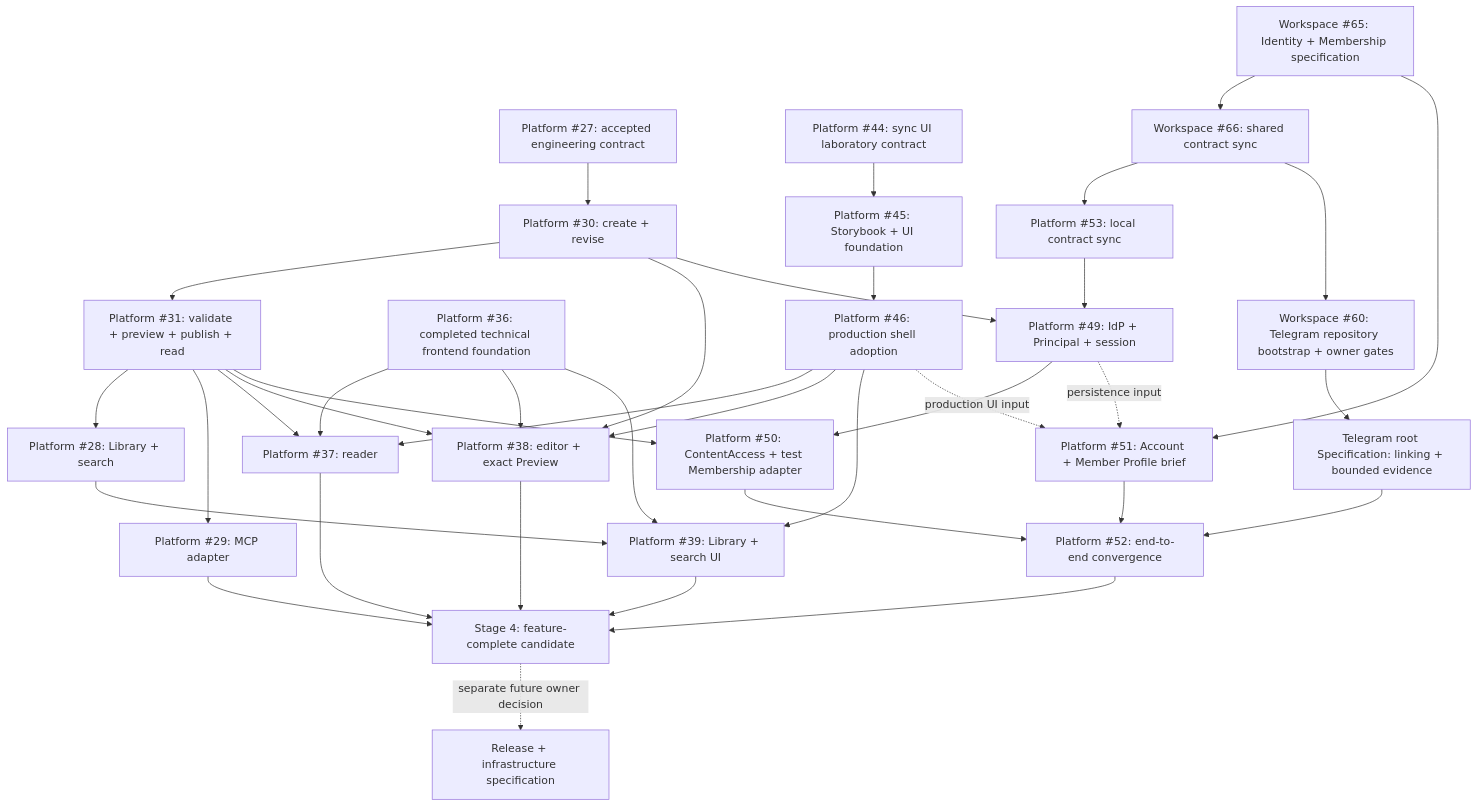
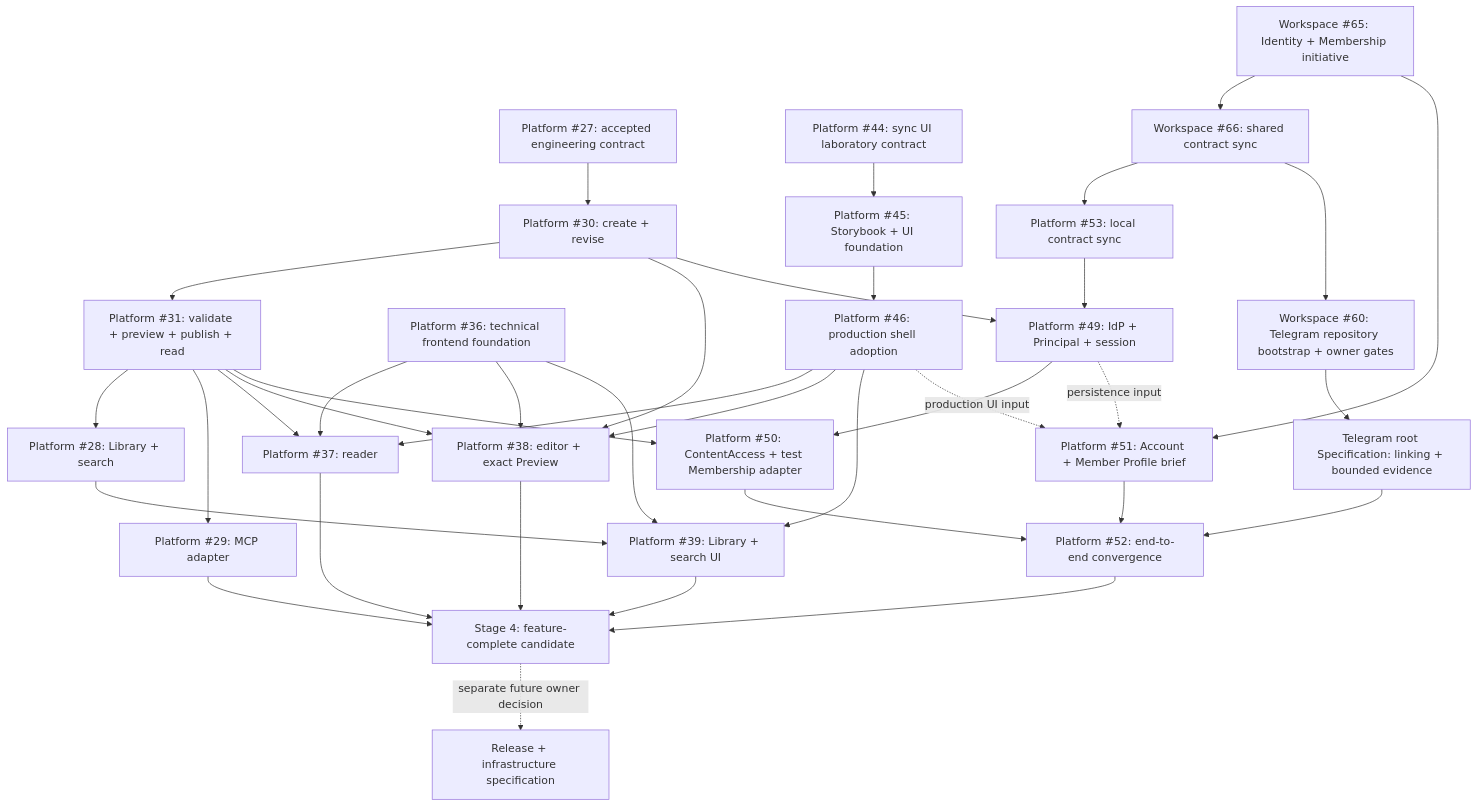
One commit to sachkov-inside/workspace changed the second of 2 diagrams in docs/specifications/platform-v1.md. Above: the diagram before and after it, drawn with Mermaid. The commit also changed other lines of this file and 14 other files, not shown here.

````diff
--- a/docs/specifications/platform-v1.md
+++ b/docs/specifications/platform-v1.md
@@ -557,46 +556,46 @@
 ```mermaid
 flowchart TD
     E[Platform #27: accepted engineering contract] --> DRAFT[Platform #30: create + revise]
     DRAFT --> LIFE[Platform #31: validate + preview + publish + read]
     LIFE --> LIB[Platform #28: Library + search]
     LIFE --> MCP[Platform #29: MCP adapter]
 
-    F[Platform #36: completed technical frontend foundation] --> READER[Platform #37: reader]
+    F[Platform #36: technical frontend foundation] --> READER[Platform #37: reader]
     F --> EDITOR[Platform #38: editor + exact Preview]
     F --> DISCOVERY[Platform #39: Library + search UI]
 
     SYNC[Platform #44: sync UI laboratory contract] --> LAB[Platform #45: Storybook + UI foundation]
     LAB --> SHELL[Platform #46: production shell adoption]
     SHELL --> READER
     SHELL --> EDITOR
     SHELL --> DISCOVERY
 
     LIFE --> READER
     DRAFT --> EDITOR
     LIFE --> EDITOR
     LIB --> DISCOVERY
 
-    S65[Workspace #65: Identity + Membership specification] --> C66[Workspace #66: shared contract sync]
+    S65[Workspace #65: Identity + Membership initiative] --> C66[Workspace #66: shared contract sync]
     C66 --> P53[Platform #53: local contract sync]
     C66 --> B60[Workspace #60: Telegram repository bootstrap + owner gates]
     DRAFT --> ID49[Platform #49: IdP + Principal + session]
     P53 --> ID49
     ID49 --> ACCESS50[Platform #50: ContentAccess + test Membership adapter]
     LIFE --> ACCESS50
 
     S65 --> PROFILE51[Platform #51: Account + Member Profile brief]
     ID49 -. persistence input .-> PROFILE51
     SHELL -. production UI input .-> PROFILE51
 
     B60 --> TG[Telegram root Specification: linking + bounded evidence]
     ACCESS50 --> JOIN52[Platform #52: end-to-end convergence]
     PROFILE51 --> JOIN52
     TG --> JOIN52
 
     READER --> S4[Stage 4: feature-complete candidate]
     EDITOR --> S4
     DISCOVERY --> S4
     MCP --> S4
     JOIN52 --> S4
     S4 -. separate future owner decision .-> R[Release + infrastructure specification]
 ```
````
